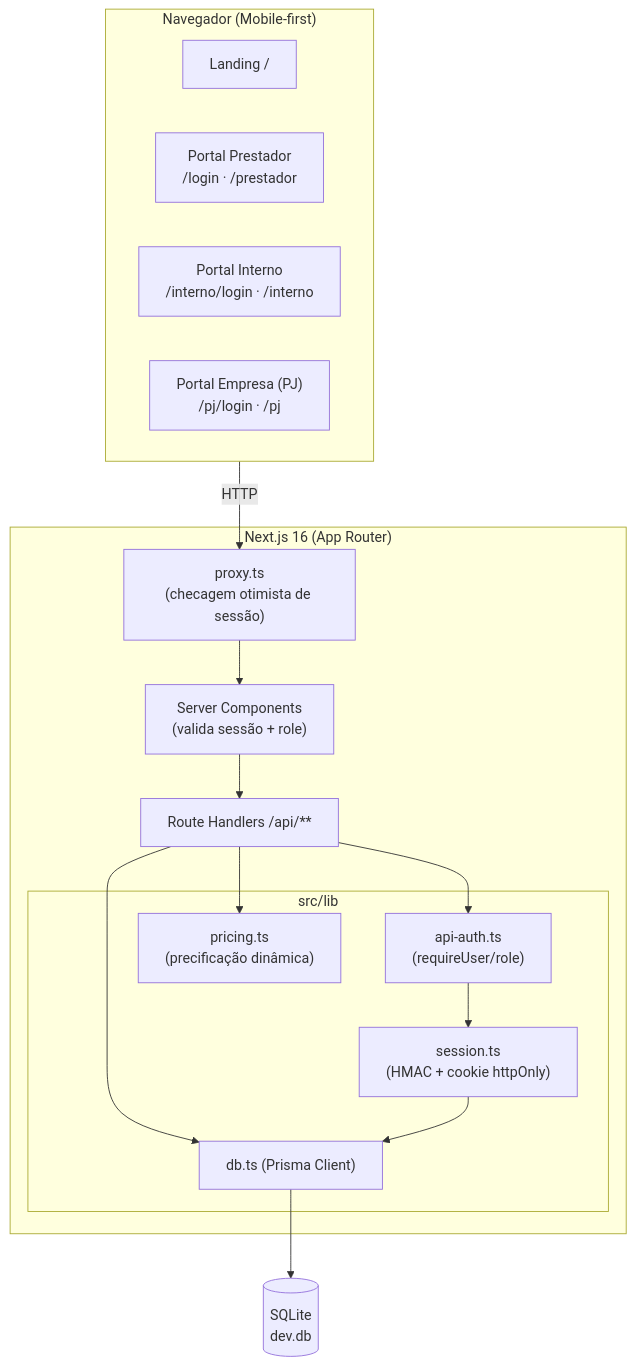
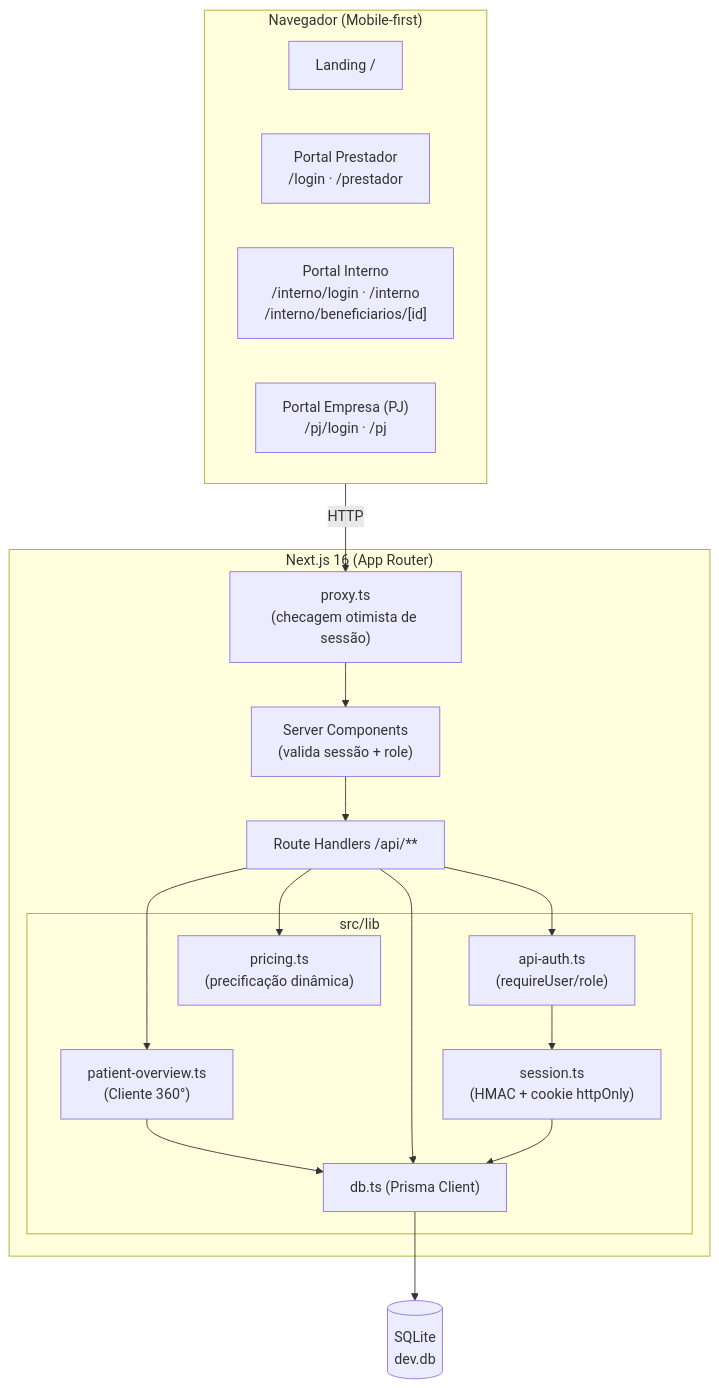
The first of 5 diagrams in docs/ARQUITETURA.md (Piulres/sistema-bibi), drawn with Mermaid before and after one commit. The commit also changed other lines of this file and 8 other files, not shown here.

First line of the commit message:
feat(epic-1): Cliente 360° — Patient Overview no Portal Interno

````diff
--- a/docs/ARQUITETURA.md
+++ b/docs/ARQUITETURA.md
@@ -11,30 +11,32 @@
 ```mermaid
 flowchart TB
   subgraph Cliente["Navegador (Mobile-first)"]
     Land["Landing /"]
     PortP["Portal Prestador<br/>/login · /prestador"]
-    PortI["Portal Interno<br/>/interno/login · /interno"]
+    PortI["Portal Interno<br/>/interno/login · /interno<br/>/interno/beneficiarios/[id]"]
     PortPJ["Portal Empresa (PJ)<br/>/pj/login · /pj"]
   end
 
   subgraph Next["Next.js 16 (App Router)"]
     Proxy["proxy.ts<br/>(checagem otimista de sessão)"]
     Pages["Server Components<br/>(valida sessão + role)"]
     API["Route Handlers /api/**"]
     subgraph Lib["src/lib"]
       Sess["session.ts<br/>(HMAC + cookie httpOnly)"]
       Auth["api-auth.ts<br/>(requireUser/role)"]
       Price["pricing.ts<br/>(precificação dinâmica)"]
+      Overview["patient-overview.ts<br/>(Cliente 360°)"]
       DB["db.ts (Prisma Client)"]
     end
   end
 
   SQLite[("SQLite<br/>dev.db")]
 
   Cliente -->|HTTP| Proxy --> Pages
   Pages --> API
   API --> Auth --> Sess
   API --> Price
+  API --> Overview --> DB
   API --> DB --> SQLite
   Sess --> DB
 ```
````
